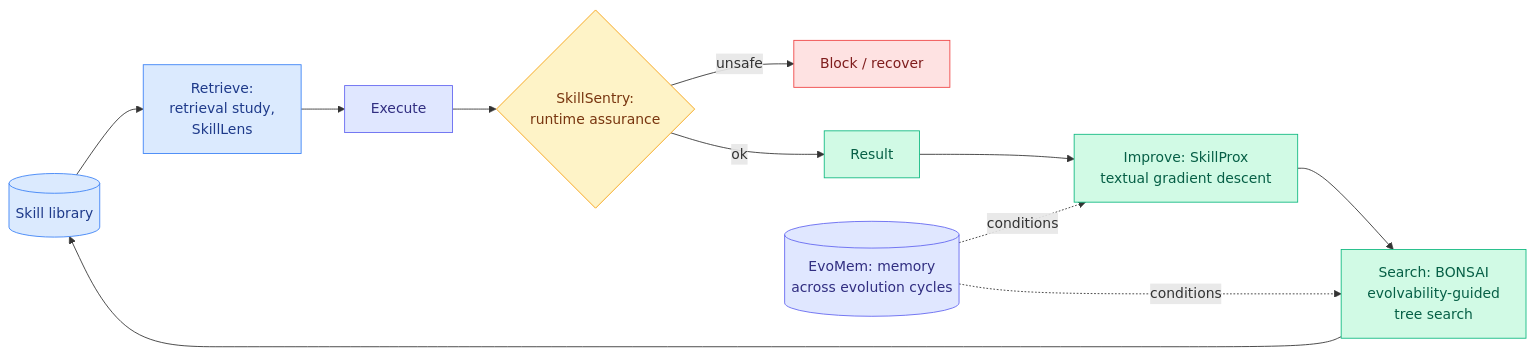
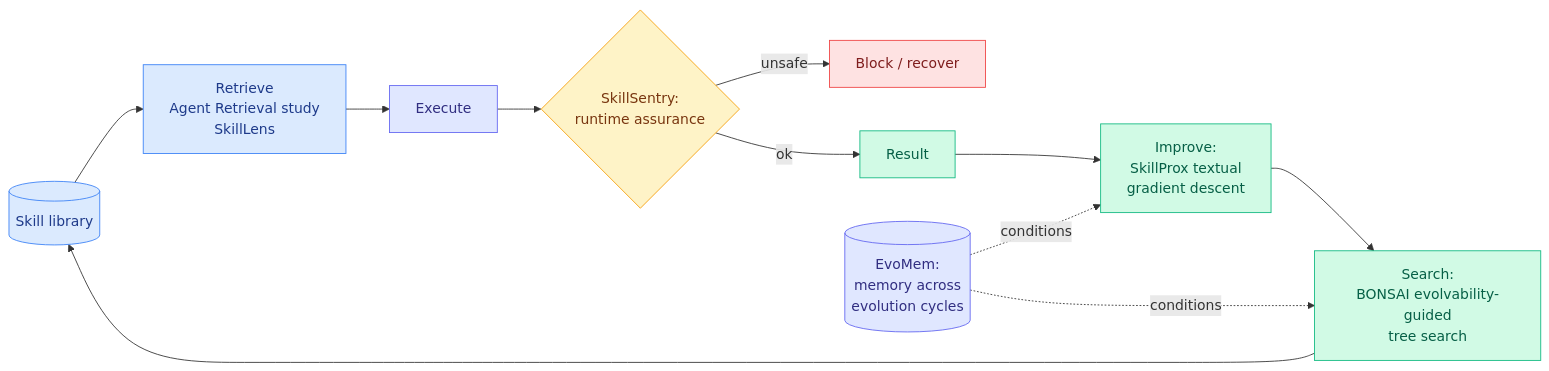
Before and after one commit to bayesiansapien/cere-bro: the sixth of 7 diagrams in wiki/daily-digest/2026-08/2026-08-13.md, drawn with Mermaid. The commit also changed other lines of this file, not shown here.

````diff
--- a/wiki/daily-digest/2026-08/2026-08-13.md
+++ b/wiki/daily-digest/2026-08/2026-08-13.md
@@ -368,23 +311,23 @@
 ```mermaid
 flowchart LR
-  S[(Skill library)] --> R[Retrieve:<br/>retrieval study,<br/>SkillLens]
+  S[(Skill library)] --> R[Retrieve<br/>Agent Retrieval study<br/>SkillLens]
   R --> X[Execute]
   X --> G{SkillSentry:<br/>runtime assurance}
   G -->|unsafe| B[Block / recover]
   G -->|ok| RES[Result]
-  RES --> IM[Improve: SkillProx<br/>textual gradient descent]
-  IM --> SR[Search: BONSAI<br/>evolvability-guided<br/>tree search]
+  RES --> IM[Improve:<br/>SkillProx textual<br/>gradient descent]
+  IM --> SR[Search:<br/>BONSAI evolvability-guided<br/>tree search]
   SR --> S
-  M[(EvoMem: memory<br/>across evolution cycles)] -.conditions.-> IM
+  M[(EvoMem:<br/>memory across<br/>evolution cycles)] -.conditions.-> IM
   M -.conditions.-> SR
   classDef input fill:#dbeafe,stroke:#3b82f6,color:#1e3a8a
   classDef decision fill:#fef3c7,stroke:#f59e0b,color:#78350f
   classDef output fill:#d1fae5,stroke:#10b981,color:#065f46
   classDef warn fill:#fee2e2,stroke:#ef4444,color:#7f1d1d
   classDef aux fill:#e0e7ff,stroke:#6366f1,color:#312e81
   class S,R input
   class G decision
   class RES,IM,SR output
   class B warn
   class X,M aux
 ```
````
